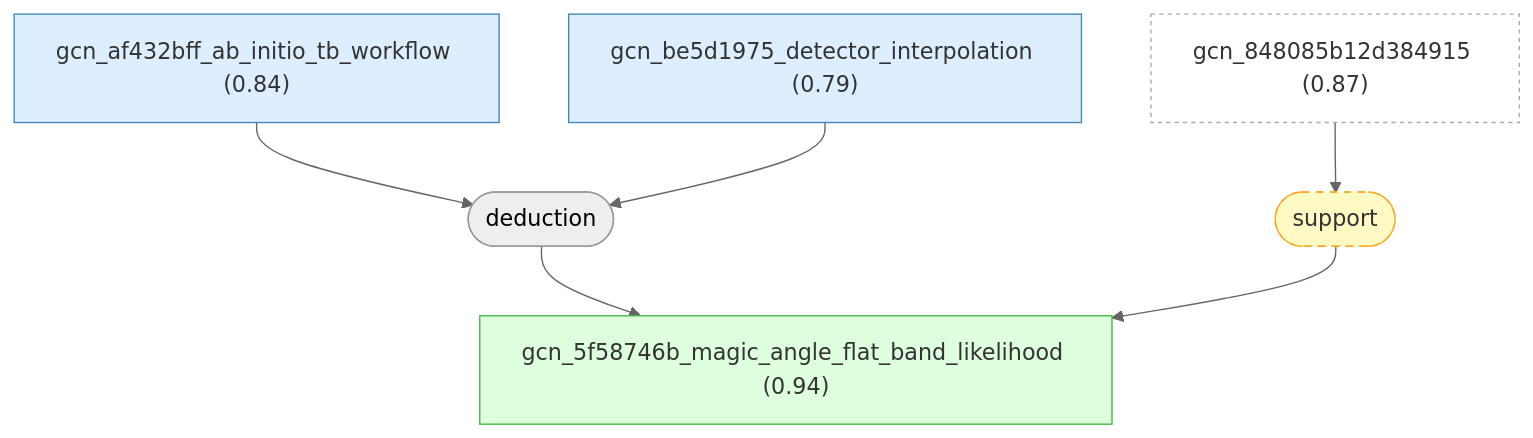
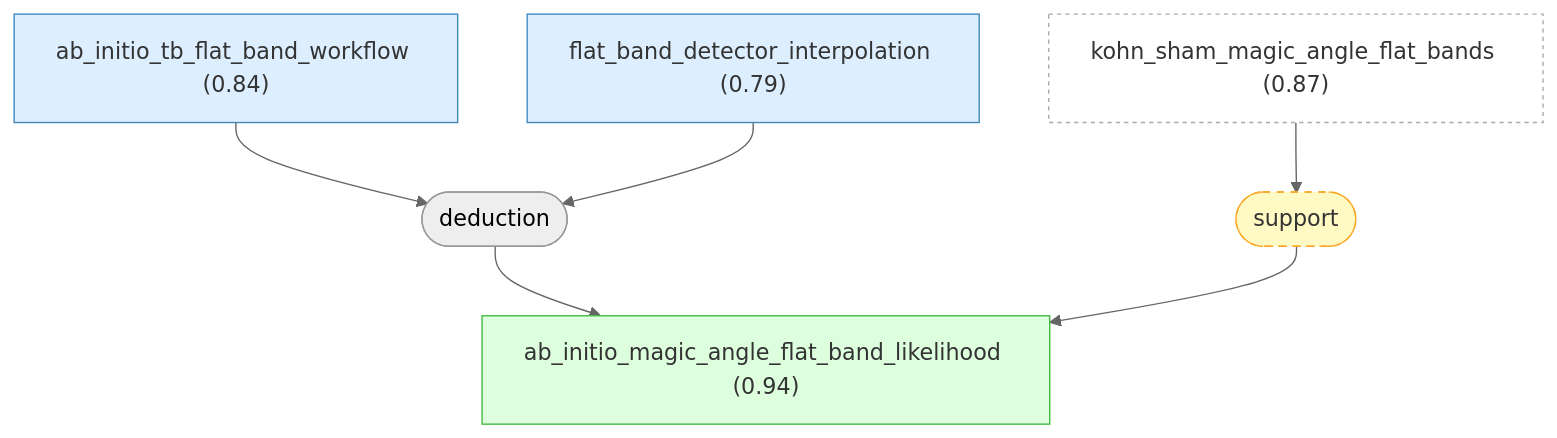
Before and after one commit to Callo42/tbg-magic-angle-gaia: the sixth of 10 diagrams in docs/detailed-reasoning.md, drawn with Mermaid (neutral theme). The commit also changed other lines of this file and 33 other files, not shown here.

````diff
--- a/docs/detailed-reasoning.md
+++ b/docs/detailed-reasoning.md
@@ -555,24 +553,24 @@
 ```mermaid
 graph TD
-    gcn_848085b12d384915["gcn_848085b12d384915 (0.87)"]:::external
-    gcn_af432bff_ab_initio_tb_workflow["gcn_af432bff_ab_initio_tb_workflow (0.84)"]:::premise
-    gcn_be5d1975_detector_interpolation["gcn_be5d1975_detector_interpolation (0.79)"]:::premise
-    gcn_5f58746b_magic_angle_flat_band_likelihood["gcn_5f58746b_magic_angle_flat_band_likelihood (0.94)"]:::derived
+    kohn_sham_magic_angle_flat_bands["kohn_sham_magic_angle_flat_bands (0.87)"]:::external
+    ab_initio_tb_flat_band_workflow["ab_initio_tb_flat_band_workflow (0.84)"]:::premise
+    flat_band_detector_interpolation["flat_band_detector_interpolation (0.79)"]:::premise
+    ab_initio_magic_angle_flat_band_likelihood["ab_initio_magic_angle_flat_band_likelihood (0.94)"]:::derived
     strat_5(["deduction"])
-    gcn_af432bff_ab_initio_tb_workflow --> strat_5
-    gcn_be5d1975_detector_interpolation --> strat_5
-    strat_5 --> gcn_5f58746b_magic_angle_flat_band_likelihood
+    ab_initio_tb_flat_band_workflow --> strat_5
+    flat_band_detector_interpolation --> strat_5
+    strat_5 --> ab_initio_magic_angle_flat_band_likelihood
     strat_14(["support"]):::weak
-    gcn_848085b12d384915 --> strat_14
-    strat_14 --> gcn_5f58746b_magic_angle_flat_band_likelihood
+    kohn_sham_magic_angle_flat_bands --> strat_14
+    strat_14 --> ab_initio_magic_angle_flat_band_likelihood
 
     classDef setting fill:#f0f0f0,stroke:#999,color:#333
     classDef premise fill:#ddeeff,stroke:#4488bb,color:#333
     classDef derived fill:#ddffdd,stroke:#44bb44,color:#333
     classDef question fill:#fff3dd,stroke:#cc9944,color:#333
     classDef background fill:#f5f5f5,stroke:#bbb,stroke-dasharray: 5 5,color:#333
     classDef orphan fill:#fff,stroke:#ccc,stroke-dasharray: 5 5,color:#333
     classDef external fill:#fff,stroke:#aaa,stroke-dasharray: 3 3,color:#333
     classDef weak fill:#fff9c4,stroke:#f9a825,stroke-dasharray: 5 5,color:#333
     classDef contra fill:#ffebee,stroke:#c62828,color:#333
 ```
````
